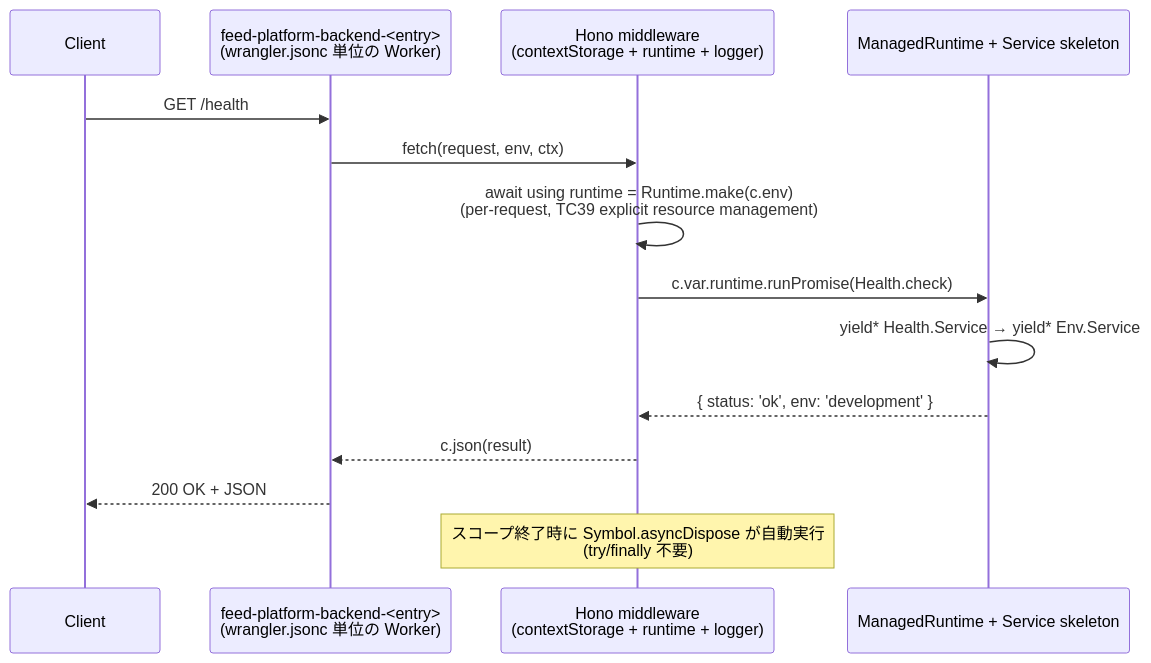
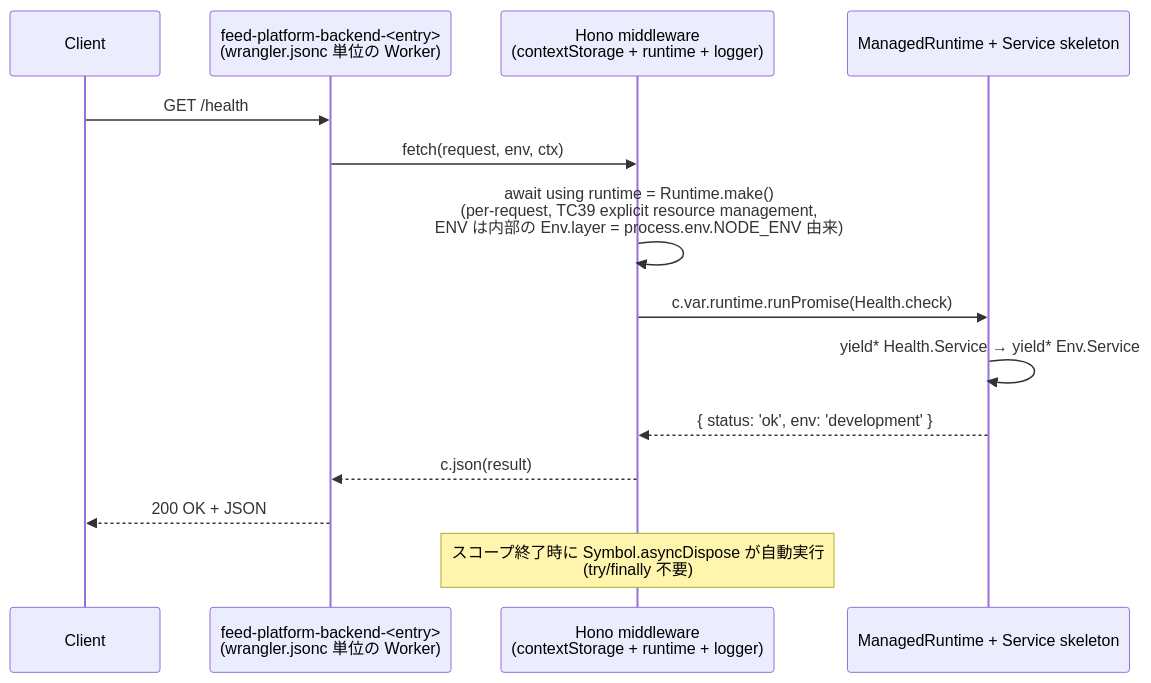
Before and after one commit to totto2727-org/monorepo: the second of 3 diagrams in docs/workflow/feed-platform-ms-01-workspace-foundation/design.md, drawn with Mermaid. The commit also changed other lines of this file and 3 other files, not shown here.

First line of the commit message:
docs(dev-workflow/feed-platform-ms-01-workspace-foundation): update artifacts for process.env.NODE_ENV-based ENV detection

````diff
--- a/docs/workflow/feed-platform-ms-01-workspace-foundation/design.md
+++ b/docs/workflow/feed-platform-ms-01-workspace-foundation/design.md
@@ -337,17 +352,17 @@
 ```mermaid
 sequenceDiagram
   participant Client
   participant Worker as feed-platform-backend-<entry><br/>(wrangler.jsonc 単位の Worker)
   participant MW as Hono middleware<br/>(contextStorage + runtime + logger)
   participant Effect as ManagedRuntime + Service skeleton
 
   Client->>Worker: GET /health
   Worker->>MW: fetch(request, env, ctx)
-  MW->>MW: await using runtime = Runtime.make(c.env)<br/>(per-request, TC39 explicit resource management)
+  MW->>MW: await using runtime = Runtime.make()<br/>(per-request, TC39 explicit resource management,<br/>ENV は内部の Env.layer = process.env.NODE_ENV 由来)
   MW->>Effect: c.var.runtime.runPromise(Health.check)
   Effect->>Effect: yield* Health.Service → yield* Env.Service
   Effect-->>MW: { status: 'ok', env: 'development' }
   MW-->>Worker: c.json(result)
   Worker-->>Client: 200 OK + JSON
   Note over MW: スコープ終了時に Symbol.asyncDispose が自動実行<br/>(try/finally 不要)
 ```
````
